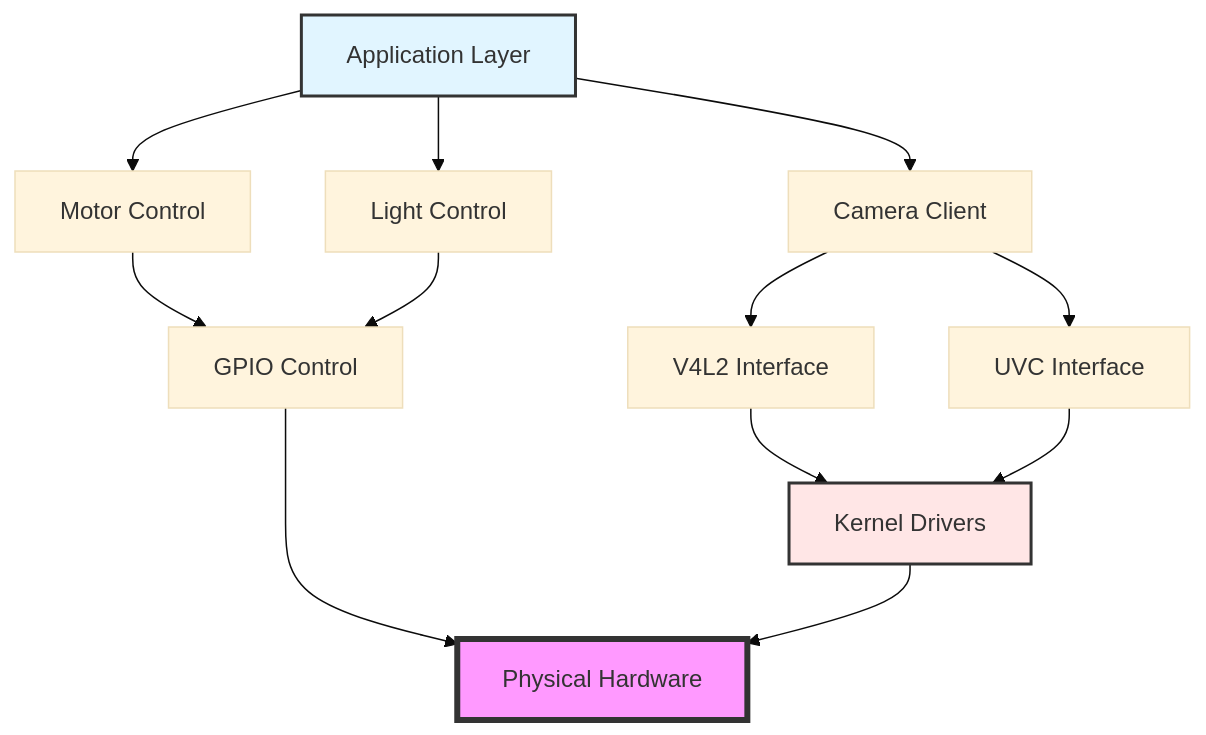
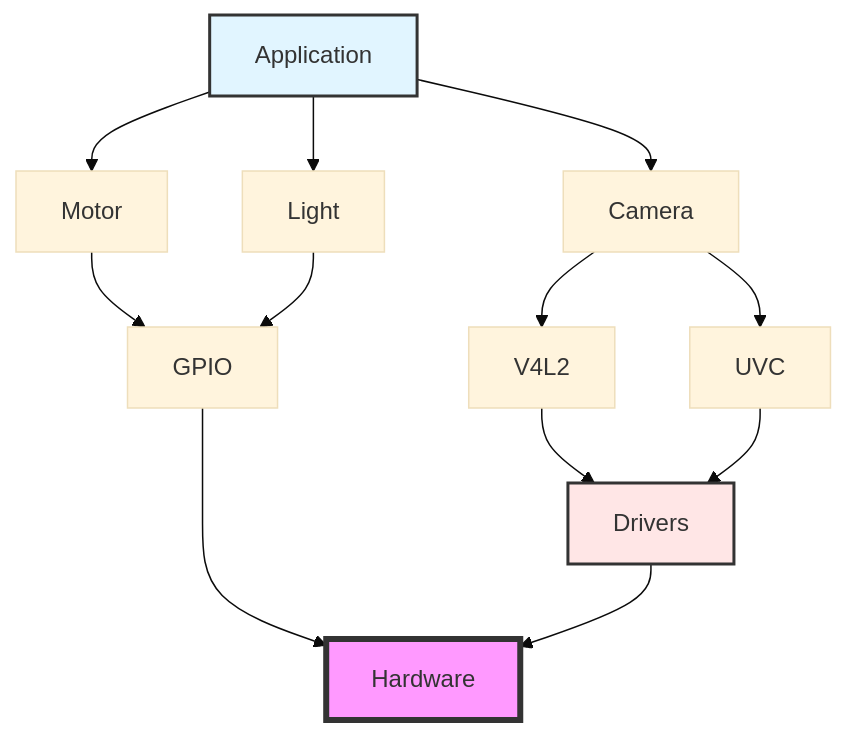
Before and after one commit to JayeshKakkad-Rotoclear/Rotoclear-C-Pro-Docs: the diagram in docs/camera/hardware-interface.md, drawn with Mermaid (base theme). The commit also changed 16 other files, not shown here.

Commit message:
Fix Mermaid diagram text overflow issues - Simplified all node labels to prevent text cutoff - Removed line breaks from node text - Shortened labels while maintaining clarity - Fixed all diagrams to display properly on website

````diff
--- a/docs/camera/hardware-interface.md
+++ b/docs/camera/hardware-interface.md
@@ -9,22 +9,22 @@
 ```mermaid
 graph TB
-    App[Application Layer] --> CamClient[Camera Client]
-    App --> Motor[Motor Control]
-    App --> Light[Light Control]
+    App[Application] --> CamClient[Camera]
+    App --> Motor[Motor]
+    App --> Light[Light]
     
-    CamClient --> V4L2[V4L2 Interface]
-    CamClient --> UVC[UVC Interface]
+    CamClient --> V4L2[V4L2]
+    CamClient --> UVC[UVC]
     
-    V4L2 --> Driver[Kernel Drivers]
+    V4L2 --> Driver[Drivers]
     UVC --> Driver
     
-    Motor --> GPIO[GPIO Control]
+    Motor --> GPIO[GPIO]
     Light --> GPIO
     
-    GPIO --> Hardware[Physical Hardware]
+    GPIO --> Hardware[Hardware]
     Driver --> Hardware
     
     style App fill:#e1f5ff,stroke:#333,stroke-width:2px
     style Driver fill:#ffe6e6,stroke:#333,stroke-width:2px
     style Hardware fill:#ff99ff,stroke:#333,stroke-width:4px
 ```
````
